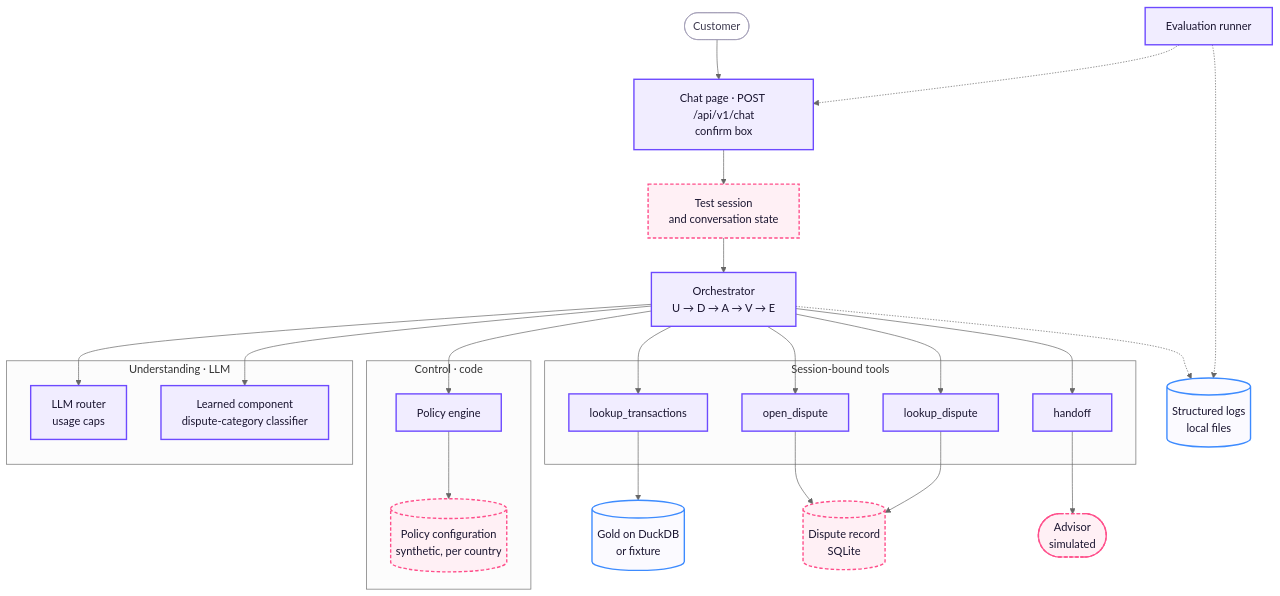
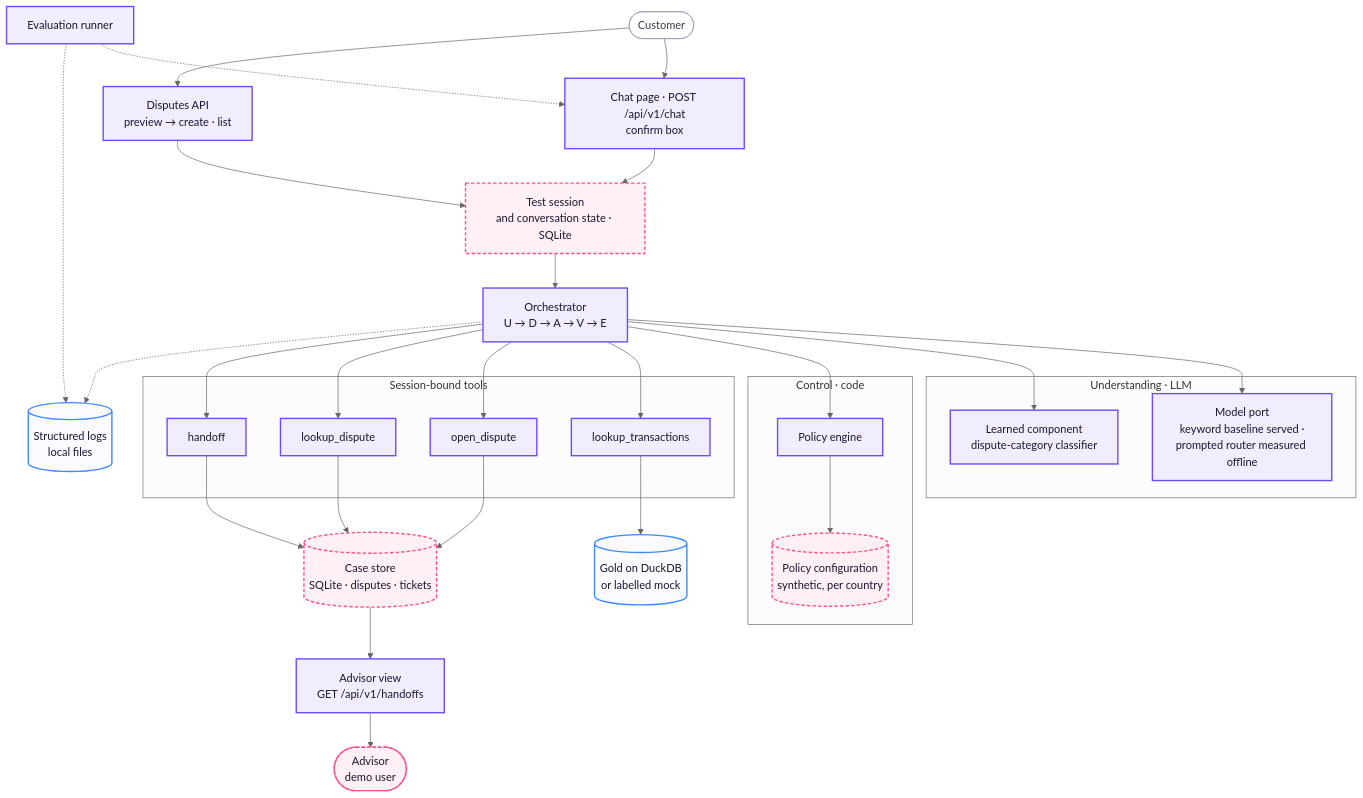
One commit to rdorta27/factored-hackathon-2026-sentinel-engine changed the second of 2 diagrams in docs/architecture/demo-architecture.md. Above: the diagram before and after it, drawn with Mermaid (neutral theme). The commit also changed other lines of this file and 8 other files, not shown here.

First line of the commit message:
docs: refresh requirement status, architecture, readme and team tasks

````diff
--- a/docs/architecture/demo-architecture.md
+++ b/docs/architecture/demo-architecture.md
@@ -48,41 +48,45 @@
 ```mermaid
 flowchart TB
     client(["Customer"]) --> chat["Chat page · POST /api/v1/chat<br/>confirm box"]
-    chat --> session["Test session<br/>and conversation state"]
+    client --> dapi["Disputes API<br/>preview → create · list"]
+    chat --> session["Test session<br/>and conversation state · SQLite"]
+    dapi --> session
     session --> orch["Orchestrator<br/>U → D → A → V → E"]
 
     subgraph understand["Understanding · LLM"]
-        router["LLM router<br/>usage caps"]
+        router["Model port<br/>keyword baseline served ·<br/>prompted router measured offline"]
         learned["Learned component<br/>dispute-category classifier"]
     end
     subgraph control["Control · code"]
         policy["Policy engine"]
         config[("Policy configuration<br/>synthetic, per country")]
         policy --> config
     end
     subgraph toolset["Session-bound tools"]
         lookup["lookup_transactions"]
         open["open_dispute"]
         verify["lookup_dispute"]
         handoff["handoff"]
     end
 
     orch --> router & learned & policy
     orch --> lookup & open & verify & handoff
-    lookup --> gold[("Gold on DuckDB<br/>or fixture")]
-    open --> disputes[("Dispute record<br/>SQLite")]
+    lookup --> gold[("Gold on DuckDB<br/>or labelled mock")]
+    open --> disputes[("Case store<br/>SQLite · disputes · tickets")]
     verify --> disputes
-    handoff --> advisor(["Advisor<br/>simulated"])
+    handoff --> disputes
+    disputes --> aview["Advisor view<br/>GET /api/v1/handoffs"]
+    aview --> advisor(["Advisor<br/>demo user"])
     orch -.-> logs[("Structured logs<br/>local files")]
     evalr["Evaluation runner"] -.-> chat
     evalr -.-> logs
 
     classDef comp fill:#f1edff,stroke:#6d4aff,stroke-width:2px,color:#1a1530
     classDef store fill:#fbfaff,stroke:#3d8bff,stroke-width:2px,color:#1a1530
     classDef mock fill:#fff0f5,stroke:#ff4f8b,stroke-width:2px,stroke-dasharray:5 3,color:#1a1530
     classDef ext fill:#ffffff,stroke:#a09cb5,stroke-width:1px,color:#3d3a4f
-    class chat,orch,router,learned,policy,lookup,open,verify,handoff,evalr comp
+    class chat,dapi,orch,router,learned,policy,lookup,open,verify,handoff,aview,evalr comp
     class gold,logs store
     class session,config,disputes,advisor mock
     class client ext
 ```
````
